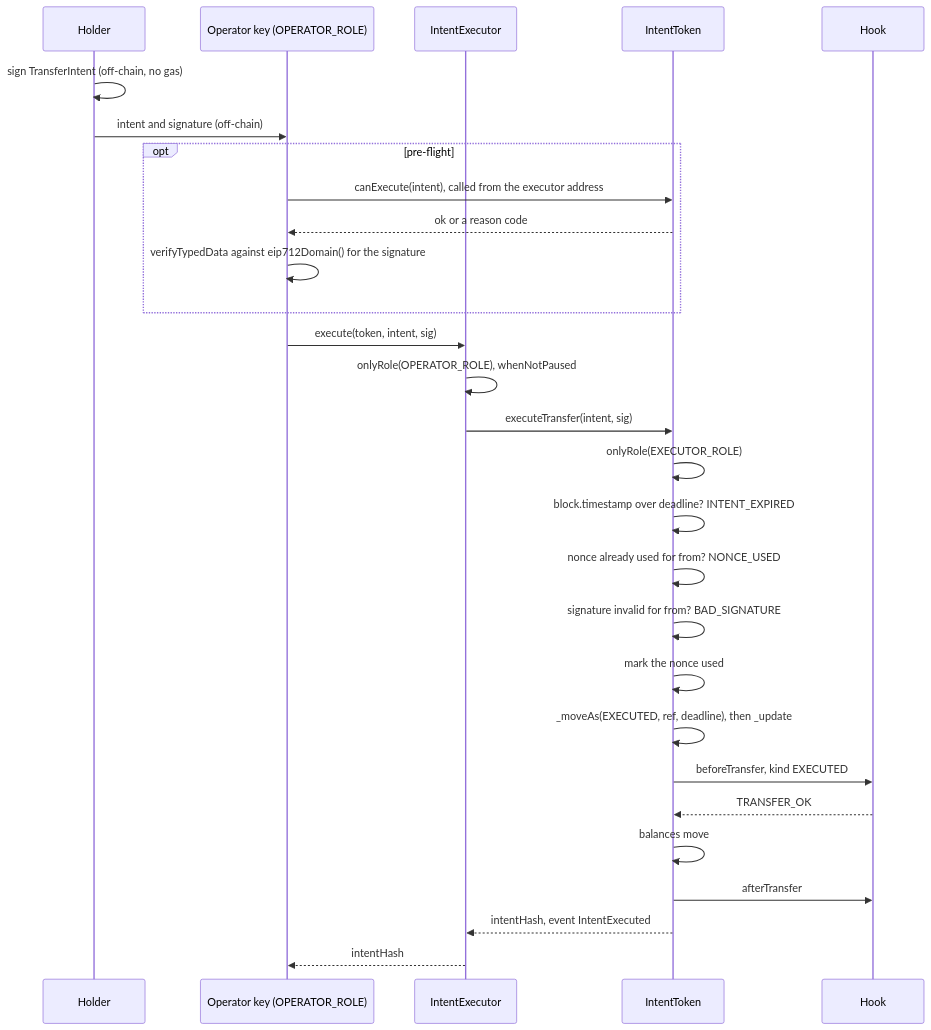
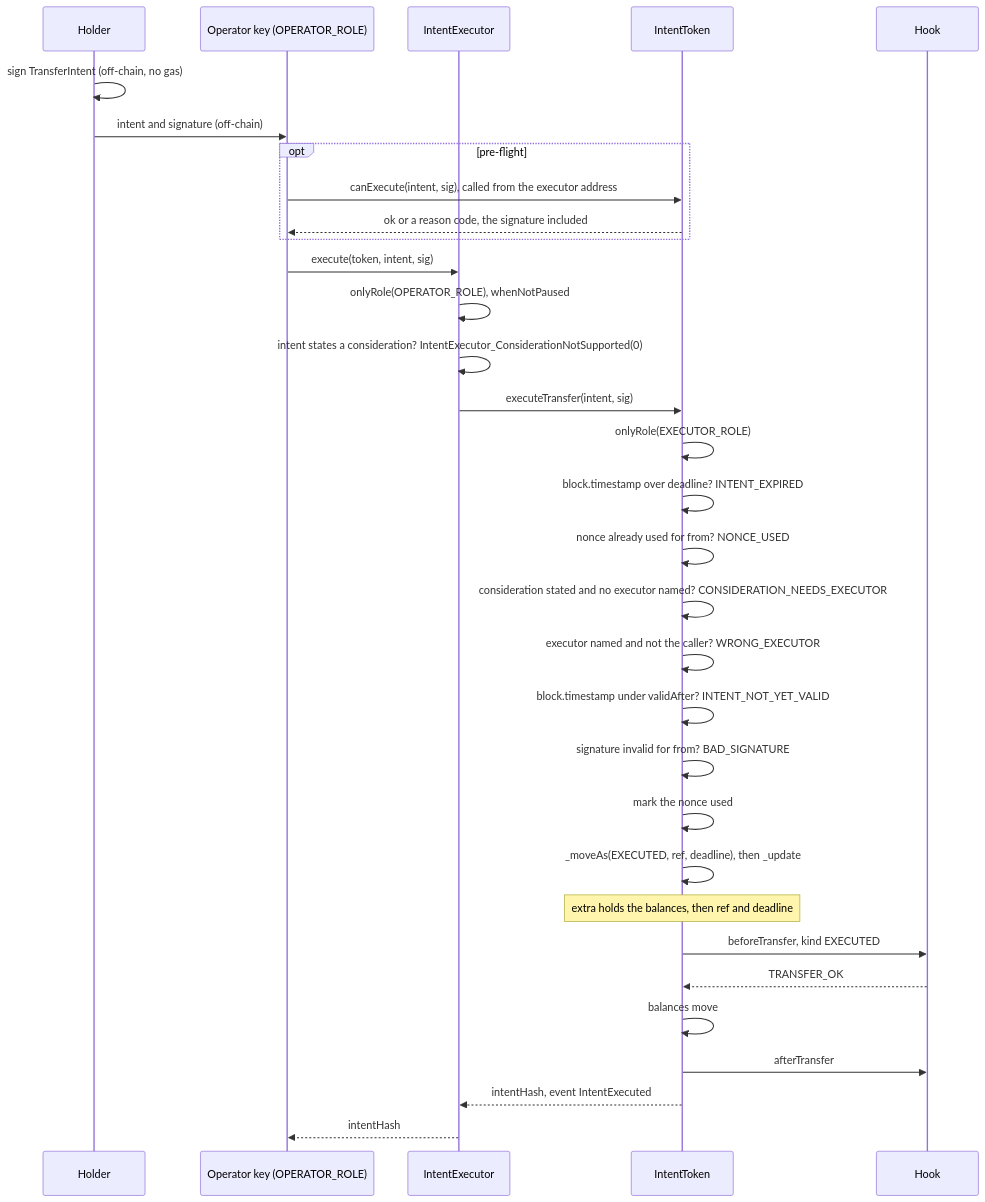
The third of 7 diagrams in docs/flows-token.md (fepvenancio/rwa-token), drawn with Mermaid before and after one commit. The commit also changed other lines of this file and 116 other files, not shown here.

````diff
--- a/docs/flows-token.md
+++ b/docs/flows-token.md
@@ -91,31 +102,35 @@
 ```mermaid
 sequenceDiagram
   participant Ho as Holder
   participant Op as Operator key (OPERATOR_ROLE)
   participant Ex as IntentExecutor
   participant T as IntentToken
   participant H as Hook
 
   Ho->>Ho: sign TransferIntent (off-chain, no gas)
   Ho->>Op: intent and signature (off-chain)
   opt pre-flight
-    Op->>T: canExecute(intent), called from the executor address
-    T-->>Op: ok or a reason code
-    Op->>Op: verifyTypedData against eip712Domain() for the signature
+    Op->>T: canExecute(intent, sig), called from the executor address
+    T-->>Op: ok or a reason code, the signature included
   end
   Op->>Ex: execute(token, intent, sig)
   Ex->>Ex: onlyRole(OPERATOR_ROLE), whenNotPaused
+  Ex->>Ex: intent states a consideration? IntentExecutor_ConsiderationNotSupported(0)
   Ex->>T: executeTransfer(intent, sig)
   T->>T: onlyRole(EXECUTOR_ROLE)
   T->>T: block.timestamp over deadline? INTENT_EXPIRED
   T->>T: nonce already used for from? NONCE_USED
+  T->>T: consideration stated and no executor named? CONSIDERATION_NEEDS_EXECUTOR
+  T->>T: executor named and not the caller? WRONG_EXECUTOR
+  T->>T: block.timestamp under validAfter? INTENT_NOT_YET_VALID
   T->>T: signature invalid for from? BAD_SIGNATURE
   T->>T: mark the nonce used
   T->>T: _moveAs(EXECUTED, ref, deadline), then _update
+  Note over T: extra holds the balances, then ref and deadline
   T->>H: beforeTransfer, kind EXECUTED
   H-->>T: TRANSFER_OK
   T->>T: balances move
   T->>H: afterTransfer
   T-->>Ex: intentHash, event IntentExecuted
   Ex-->>Op: intentHash
 ```
````
